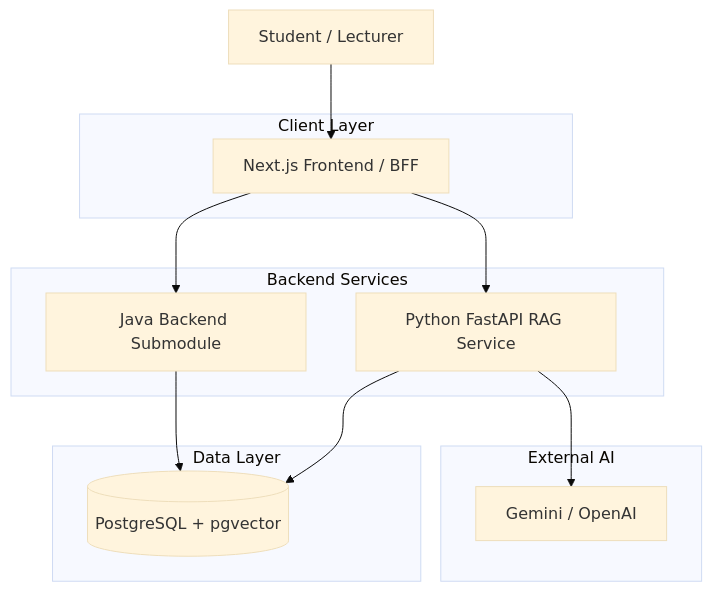
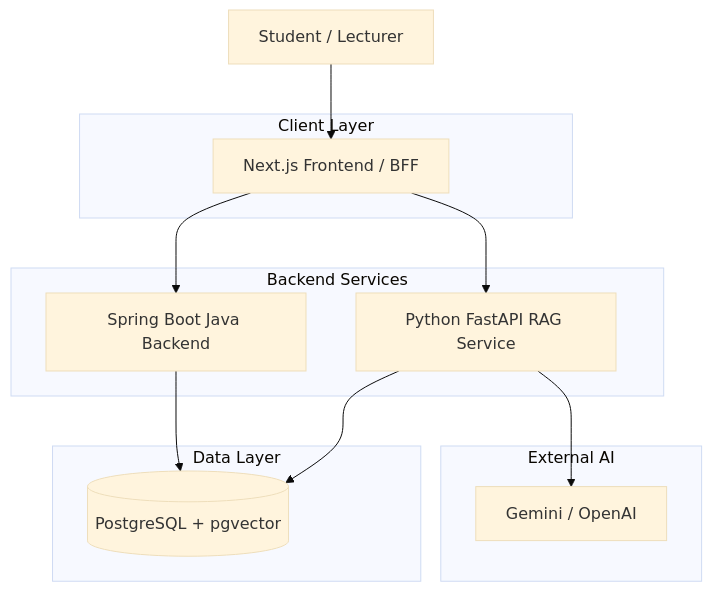
Before and after one commit to NhatNamNQ/SWD392-GROUP6: the diagram in docs/system-architecture/README.md, drawn with Mermaid (base theme). The commit also changed other lines of this file and 24 other files, not shown here.

````diff
--- a/docs/system-architecture/README.md
+++ b/docs/system-architecture/README.md
@@ -21,28 +20,28 @@
 ```mermaid
 flowchart TD
     User[Student / Lecturer]
 
     subgraph Client["Client Layer"]
         FE[Next.js Frontend / BFF]
     end
 
     subgraph Services["Backend Services"]
-        Java[Java Backend Submodule]
+        Java[Spring Boot Java Backend]
         Python[Python FastAPI RAG Service]
     end
 
     subgraph Data["Data Layer"]
         DB[(PostgreSQL + pgvector)]
     end
 
     subgraph External["External AI"]
         LLM[Gemini / OpenAI]
     end
 
     User --> FE
     FE --> Java
     FE --> Python
     Java --> DB
     Python --> DB
     Python --> LLM
 ```
````
